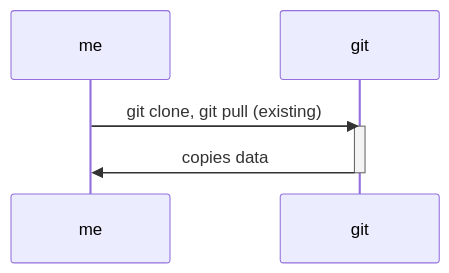
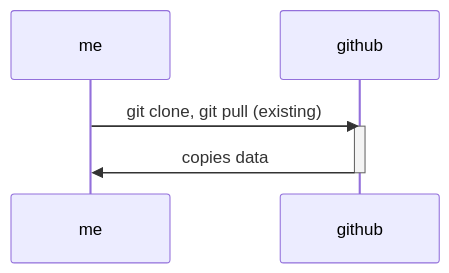
The diagram in README.md (aeryskyB/part0-fullstackopen-23), drawn with Mermaid before and after one commit.

Commit message:
Update README.md
--update
    v.3
    corrected my misconception!
    data is fetched from github server, not git

````diff
--- a/README.md
+++ b/README.md
@@ -3,10 +3,10 @@
 ```mermaid
 sequenceDiagram
     participant me
-    participant git
+    participant github
   
-    me->>git: git clone, git pull (existing)
-    activate git
-    git->>me: copies data
-    deactivate git
+    me->>github: git clone, git pull (existing)
+    activate github
+    github->>me: copies data
+    deactivate github
 ```
````
